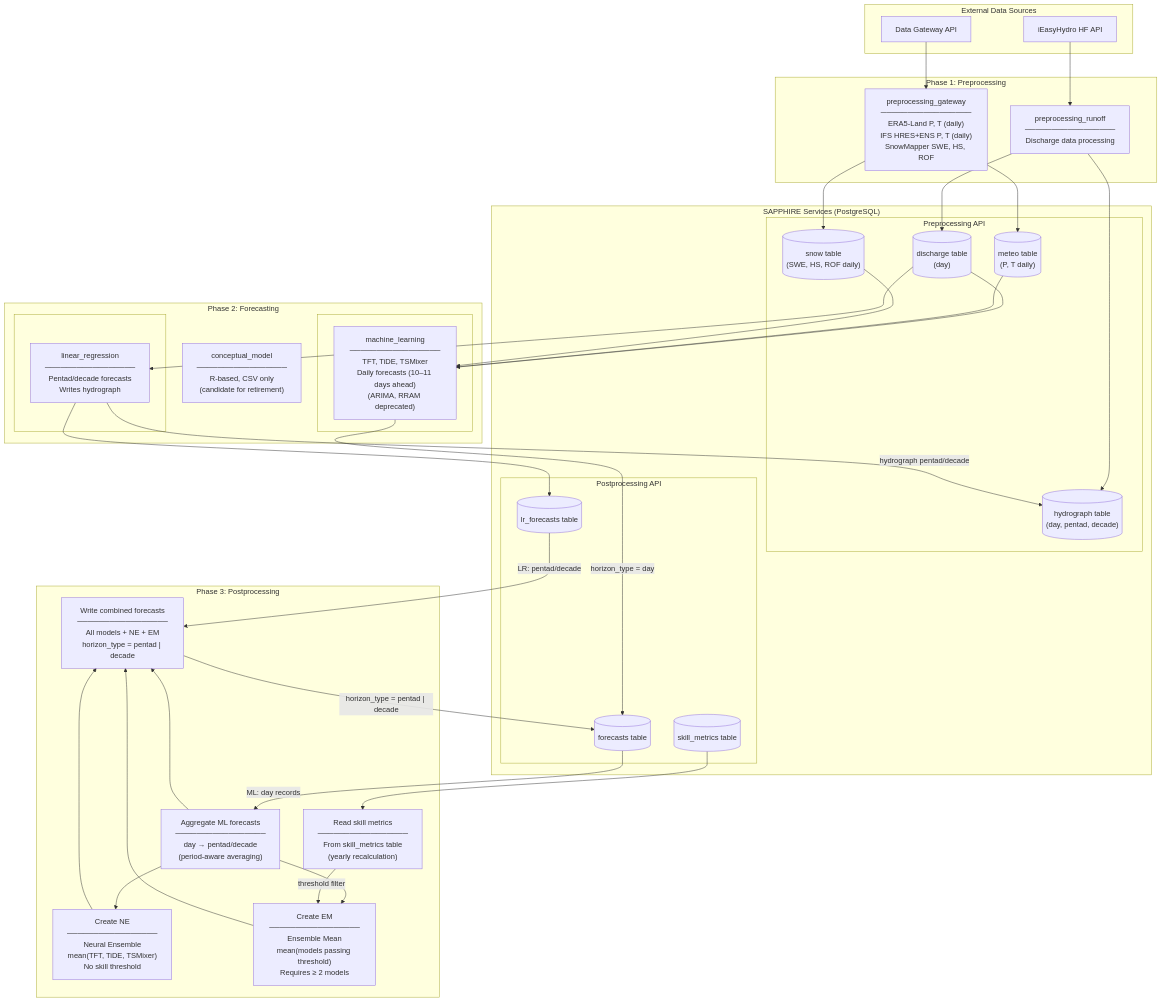
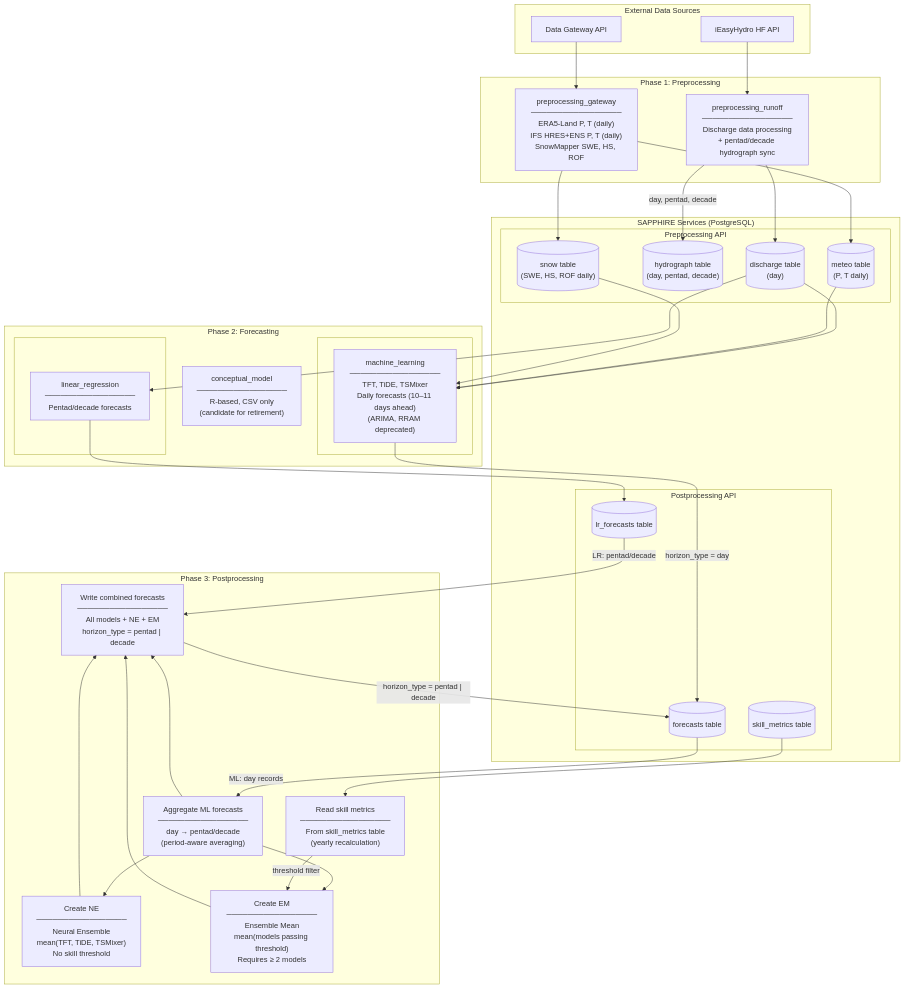
The second of 4 diagrams in doc/data_flow_short_term.md (hydrosolutions/SAPPHIRE_Forecast_Tools), drawn with Mermaid before and after one commit. The commit also changed other lines of this file and 2 other files, not shown here.

````diff
--- a/doc/data_flow_short_term.md
+++ b/doc/data_flow_short_term.md
@@ -40,81 +40,80 @@
 ```mermaid
 flowchart TD
     subgraph External["External Data Sources"]
         iEH["iEasyHydro HF API"]
         DG["Data Gateway API"]
     end
 
     subgraph Phase1["Phase 1: Preprocessing"]
-        PR["preprocessing_runoff<br/>─────────────────<br/>Discharge data processing"]
+        PR["preprocessing_runoff<br/>─────────────────<br/>Discharge data processing<br/>+ pentad/decade hydrograph sync"]
         PG["preprocessing_gateway<br/>─────────────────<br/>ERA5-Land P, T (daily)<br/>IFS HRES+ENS P, T (daily)<br/>SnowMapper SWE, HS, ROF"]
     end
 
     subgraph Phase2["Phase 2: Forecasting"]
         subgraph Phase2LR[" "]
-            LR["linear_regression<br/>─────────────────<br/>Pentad/decade forecasts<br/>Writes hydrograph"]
+            LR["linear_regression<br/>─────────────────<br/>Pentad/decade forecasts"]
         end
         subgraph Phase2ML[" "]
             ML["machine_learning<br/>─────────────────<br/>TFT, TiDE, TSMixer<br/>Daily forecasts (10–11 days ahead)<br/>(ARIMA, RRAM deprecated)"]
         end
         CM["conceptual_model<br/>─────────────────<br/>R-based, CSV only<br/>(candidate for retirement)"]
     end
 
     subgraph Phase3["Phase 3: Postprocessing"]
         AGG["Aggregate ML forecasts<br/>─────────────────<br/>day → pentad/decade<br/>(period-aware averaging)"]
         NE["Create NE<br/>─────────────────<br/>Neural Ensemble<br/>mean(TFT, TiDE, TSMixer)<br/>No skill threshold"]
         SK["Read skill metrics<br/>─────────────────<br/>From skill_metrics table<br/>(yearly recalculation)"]
         EM["Create EM<br/>─────────────────<br/>Ensemble Mean<br/>mean(models passing threshold)<br/>Requires ≥ 2 models"]
         WR["Write combined forecasts<br/>─────────────────<br/>All models + NE + EM<br/>horizon_type = pentad | decade"]
     end
 
     subgraph DB["SAPPHIRE Services (PostgreSQL)"]
         subgraph PreDB["Preprocessing API"]
             DT[("discharge table<br/>(day)")]
             HT[("hydrograph table<br/>(day, pentad, decade)")]
             MT[("meteo table<br/>(P, T daily)")]
             SNT[("snow table<br/>(SWE, HS, ROF daily)")]
         end
         subgraph PostDB["Postprocessing API"]
             LRT[("lr_forecasts table")]
             FT[("forecasts table")]
             SMT[("skill_metrics table")]
         end
     end
 
     %% External → Preprocessing
     iEH --> PR
     DG --> PG
 
     %% Preprocessing → DB
     PR --> DT
-    PR --> HT
+    PR -- "day, pentad, decade" --> HT
     PG --> MT
     PG --> SNT
 
-    %% Linear Regression: reads discharge, writes lr_forecasts + hydrograph
+    %% Linear Regression: reads discharge, writes lr_forecasts
     DT --> LR
     LR --> LRT
-    LR -- "hydrograph pentad/decade" --> HT
 
     %% Machine Learning: reads discharge + meteo + snow, writes forecasts
     DT --> ML
     MT --> ML
     SNT --> ML
     ML -- "horizon_type = day" --> FT
 
     %% Postprocessing reads from forecasts + lr_forecasts + skill_metrics
     FT -- "ML: day records" --> AGG
     LRT -- "LR: pentad/decade" --> WR
     SMT --> SK
 
     %% Ensemble creation
     AGG --> NE
     AGG --> EM
     SK -- "threshold filter" --> EM
 
     %% Writing
     NE --> WR
     EM --> WR
     AGG --> WR
     WR -- "horizon_type = pentad | decade" --> FT
 ```
````
